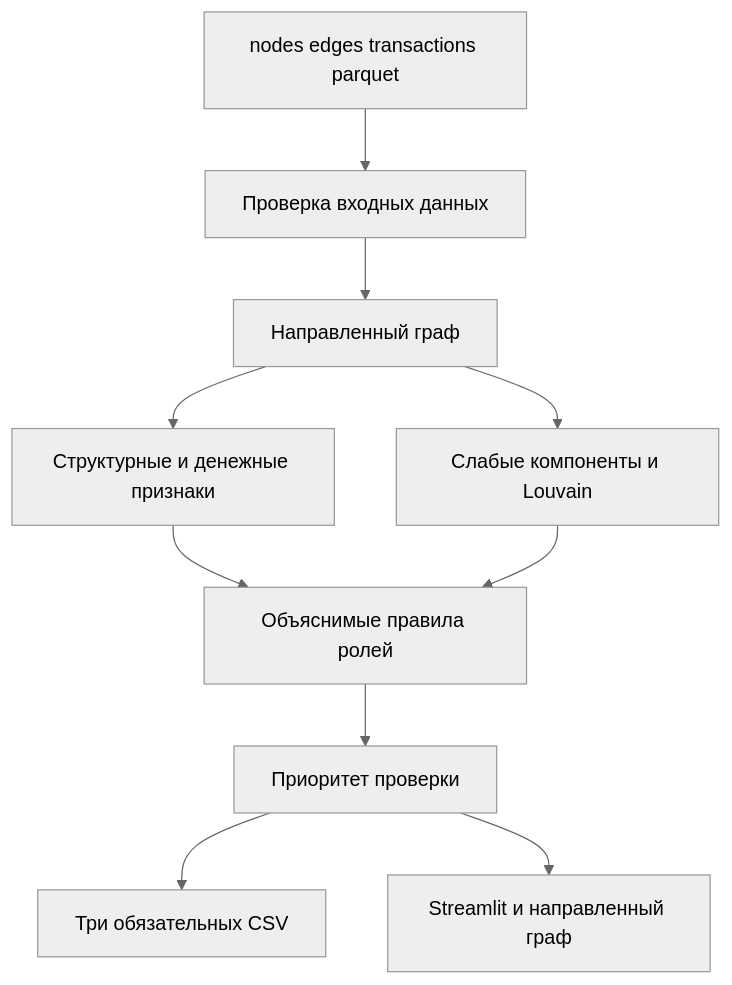
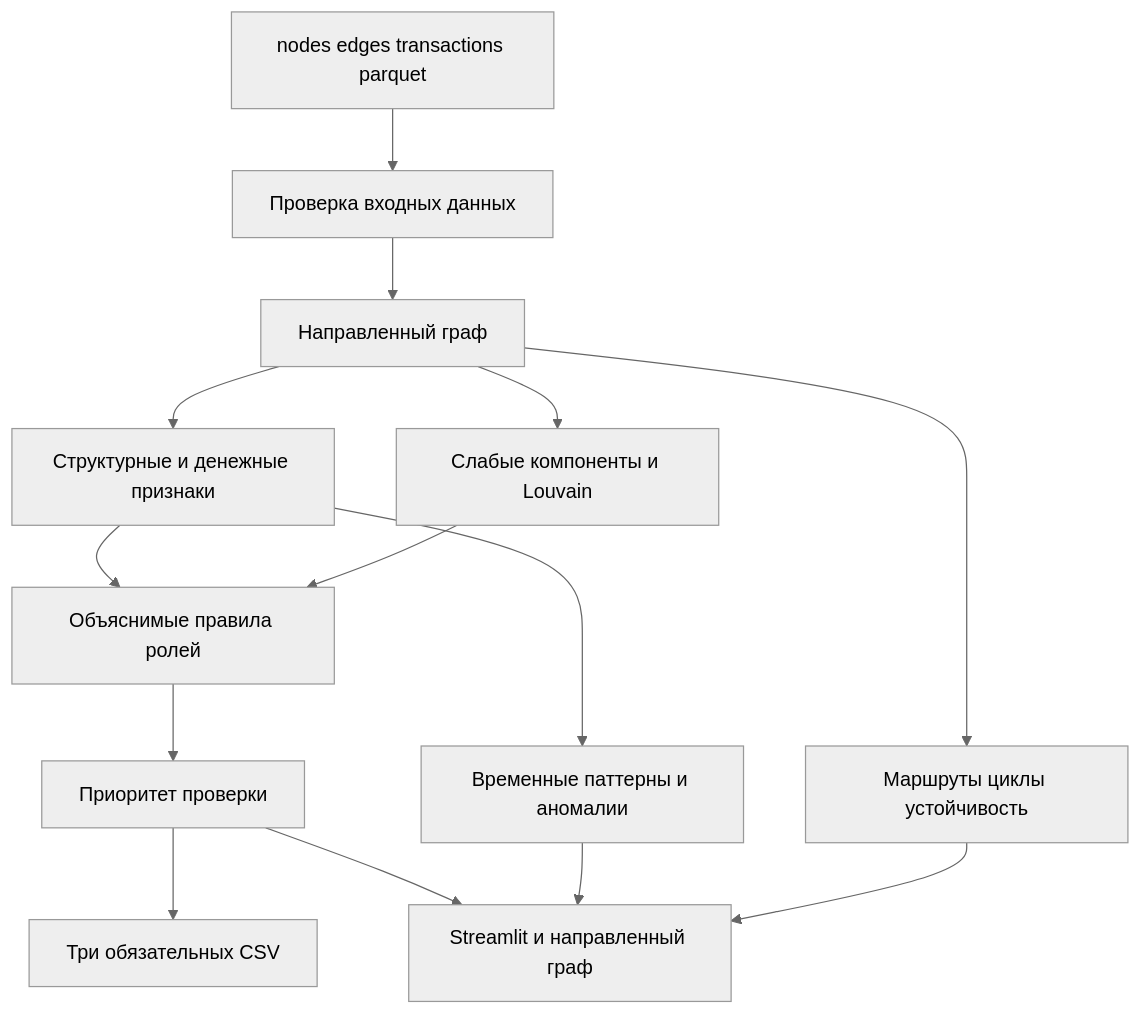
The diagram in docs/architecture.md (BAITC-Hacks/hack-144ec83b-epiq), drawn with Mermaid (neutral theme) before and after one commit. The commit also changed other lines of this file and 9 other files, not shown here.

Commit message:
feat: complete specification audit and graph analysis

````diff
--- a/docs/architecture.md
+++ b/docs/architecture.md
@@ -5,12 +5,16 @@
 ```mermaid
 flowchart TD
     A[nodes edges transactions parquet] --> B[Проверка входных данных]
     B --> C[Направленный граф]
     C --> D[Структурные и денежные признаки]
     C --> E[Слабые компоненты и Louvain]
     D --> F[Объяснимые правила ролей]
     E --> F
     F --> G[Приоритет проверки]
+    D --> J[Временные паттерны и аномалии]
+    C --> K[Маршруты циклы устойчивость]
     G --> H[Три обязательных CSV]
     G --> I[Streamlit и направленный граф]
+    J --> I
+    K --> I
 ```
````
